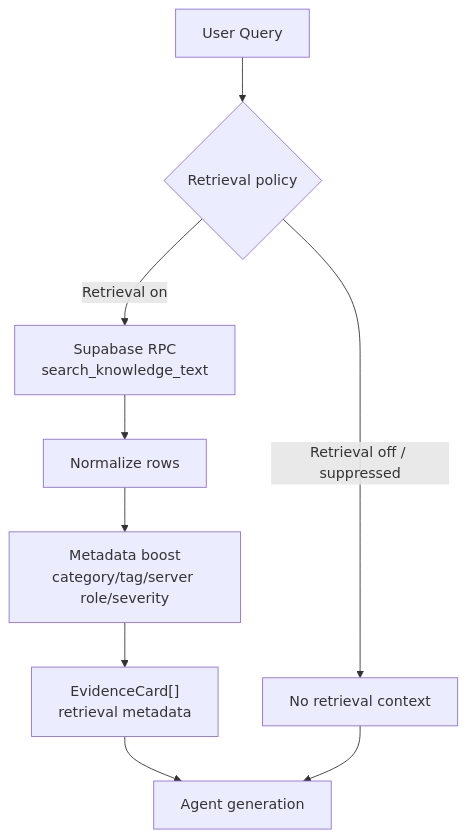
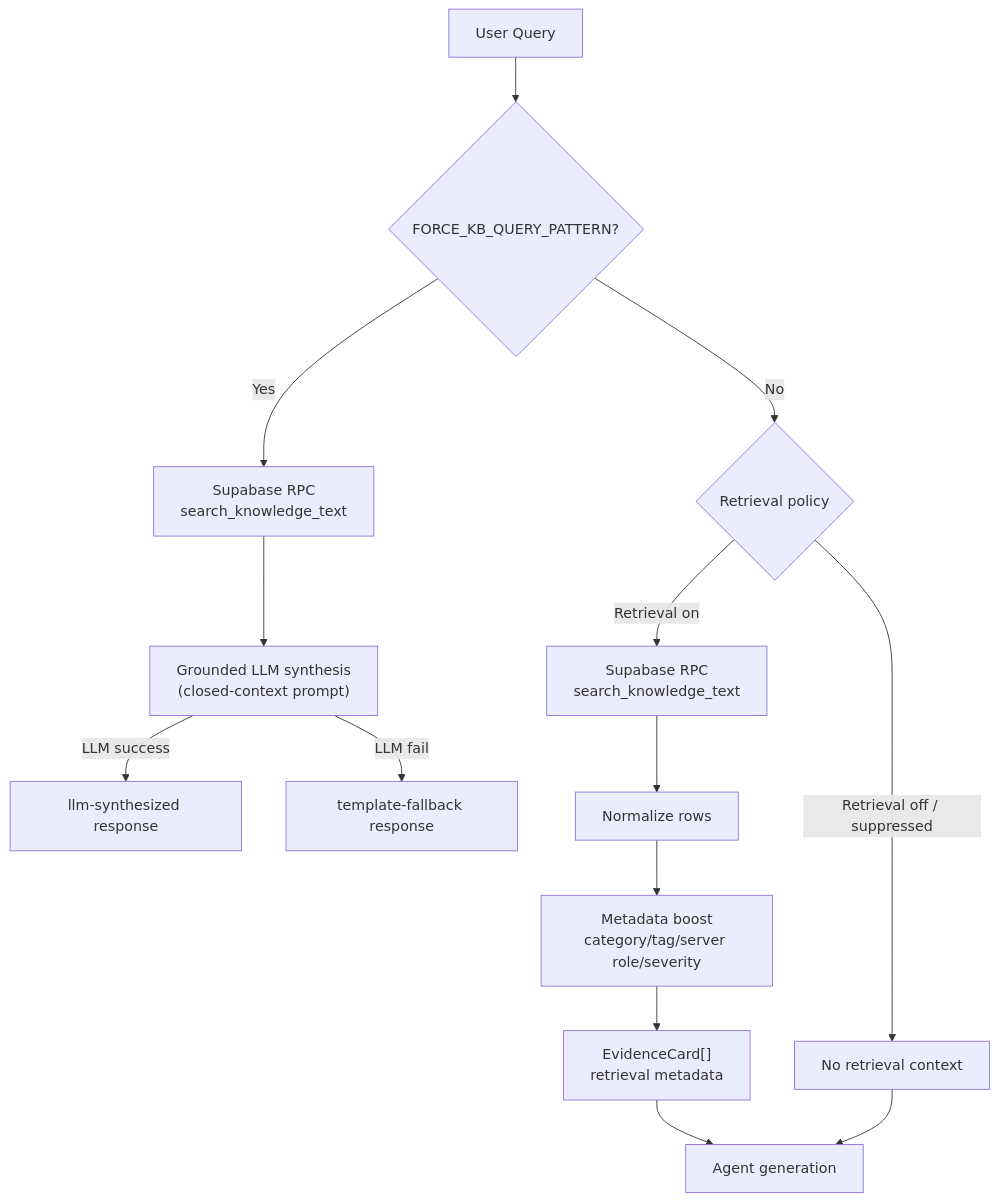
The diagram in docs/reference/architecture/ai/rag-knowledge-engine.md (skyasu2/openmanager-ai), drawn with Mermaid before and after one commit. The commit also changed other lines of this file and 2 other files, not shown here.

Commit message:
docs(architecture): document grounded KRL synthesis

````diff
--- a/docs/reference/architecture/ai/rag-knowledge-engine.md
+++ b/docs/reference/architecture/ai/rag-knowledge-engine.md
@@ -147,11 +150,16 @@
 ```mermaid
 graph TD
-    Query["User Query"] --> Policy{"Retrieval policy"}
+    Query["User Query"] --> ForcedKB{"FORCE_KB_QUERY_PATTERN?"}
+    ForcedKB -->|"Yes"| DirectKB["Supabase RPC<br/>search_knowledge_text"]
+    DirectKB --> GroundedLLM["Grounded LLM synthesis<br/>(closed-context prompt)"]
+    GroundedLLM -->|"LLM success"| LLMAnswer["llm-synthesized response"]
+    GroundedLLM -->|"LLM fail"| TemplateFallback["template-fallback response"]
+    ForcedKB -->|"No"| Policy{"Retrieval policy"}
     Policy -->|"Retrieval off / suppressed"| NoRetrieval["No retrieval context"]
     Policy -->|"Retrieval on"| RPC["Supabase RPC<br/>search_knowledge_text"]
     RPC --> Normalize["Normalize rows"]
     Normalize --> Boost["Metadata boost<br/>category/tag/server role/severity"]
     Boost --> Evidence["EvidenceCard[]<br/>retrieval metadata"]
     Evidence --> Agent["Agent generation"]
     NoRetrieval --> Agent
 ```
````
